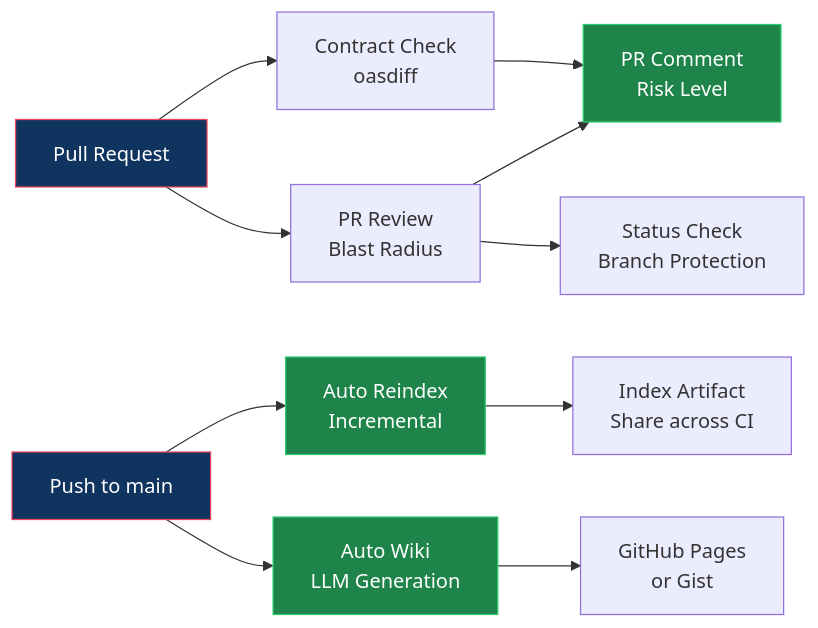
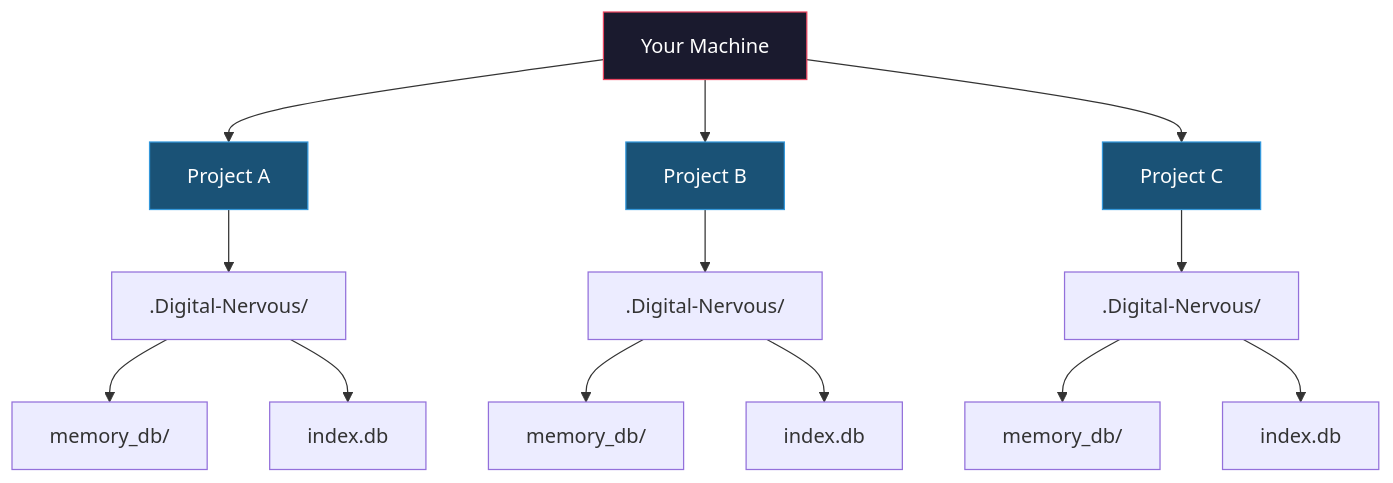
One commit to Exia-thd/Digital-Nervous changed the fourth of 4 diagrams in README.md. Above: the diagram before and after it, drawn with Mermaid. The commit also changed other lines of this file and 975 other files, not shown here.

Commit message:
feat: sync updates from forgewright and rebrand to Digital-Nervous (v8.3.0)

````diff
--- a/README.md
+++ b/README.md
@@ -1409,21 +349,24 @@
 ```mermaid
-flowchart LR
-    PR["Pull Request"] --> PR_REVIEW["PR Review<br/>Blast Radius"]
-    PR --> CONTRACT["Contract Check<br/>oasdiff"]
-    PR_REVIEW --> COMMENT["PR Comment<br/>Risk Level"]
-    CONTRACT --> COMMENT
+flowchart TB
+    PC["Your Machine"]
 
-    PUSH["Push to main"] --> REINDEX["Auto Reindex<br/>Incremental"]
-    PUSH --> WIKI["Auto Wiki<br/>LLM Generation"]
+    PC --> P1["Project A"]
+    PC --> P2["Project B"]
+    PC --> P3["Project C"]
 
-    REINDEX --> ARTIFACT["Index Artifact<br/>Share across CI"]
-    WIKI --> PAGES["GitHub Pages<br/>or Gist"]
+    P1 --> M1[".Digital-Nervous/"]
+    P2 --> M2[".Digital-Nervous/"]
+    P3 --> M3[".Digital-Nervous/"]
 
-    PR_REVIEW --> STATUS["Status Check<br/>Branch Protection"]
+    M1 --> DB1["memory_db/"]
+    M1 --> IDX1["index.db"]
+    M2 --> DB2["memory_db/"]
+    M2 --> IDX2["index.db"]
+    M3 --> DB3["memory_db/"]
+    M3 --> IDX3["index.db"]
 
-    style PR fill:#0f3460,stroke:#e94560,color:#fff
-    style PUSH fill:#0f3460,stroke:#e94560,color:#fff
-    style COMMENT fill:#1e8449,stroke:#2ecc71,color:#fff
-    style REINDEX fill:#1e8449,stroke:#2ecc71,color:#fff
-    style WIKI fill:#1e8449,stroke:#2ecc71,color:#fff
+    style PC fill:#1a1a2e,stroke:#e94560,color:#fff
+    style P1 fill:#1a5276,stroke:#3498db,color:#fff
+    style P2 fill:#1a5276,stroke:#3498db,color:#fff
+    style P3 fill:#1a5276,stroke:#3498db,color:#fff
 ```
````
